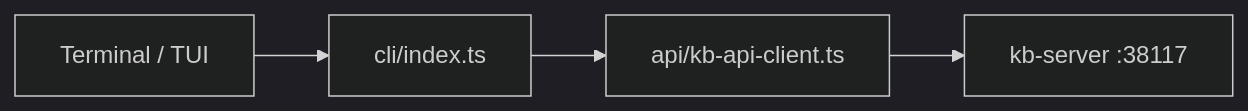
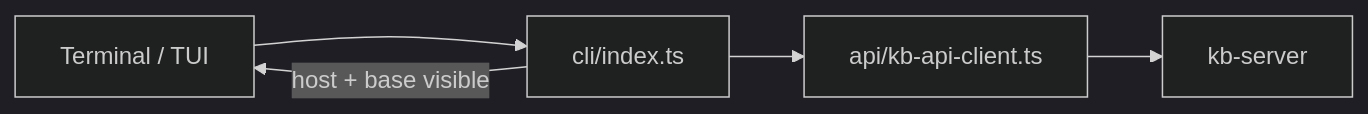
Before and after one commit to rosenjcb/kb: the diagram in packages/kb-client/CLIENT.md, drawn with Mermaid (dark theme). The commit also changed other lines of this file and 105 other files, not shown here.

````diff
--- a/packages/kb-client/CLIENT.md
+++ b/packages/kb-client/CLIENT.md
@@ -16,11 +16,12 @@
 ```mermaid
 flowchart LR
   User["Terminal / TUI"]
   Index["cli/index.ts"]
   API["api/kb-api-client.ts"]
-  Srv["kb-server :38117"]
+  Srv["kb-server"]
 
   User --> Index
+  Index -->|"host + base visible"| User
   Index --> API
   API --> Srv
 ```
````
